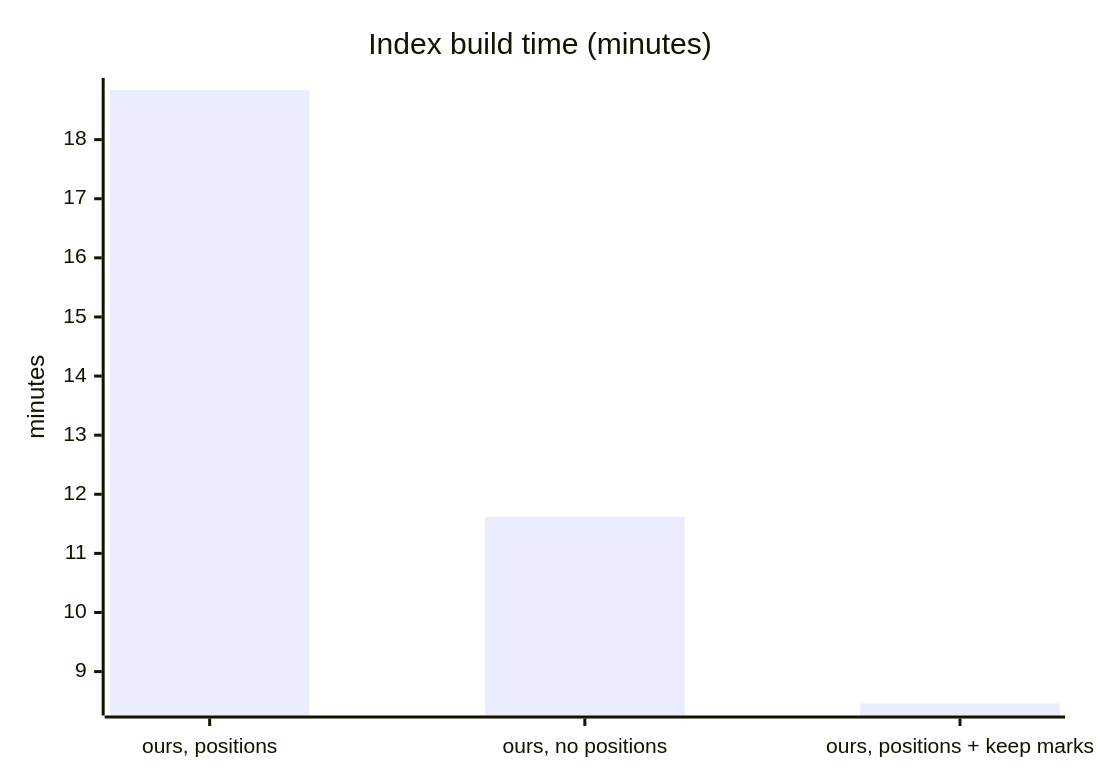
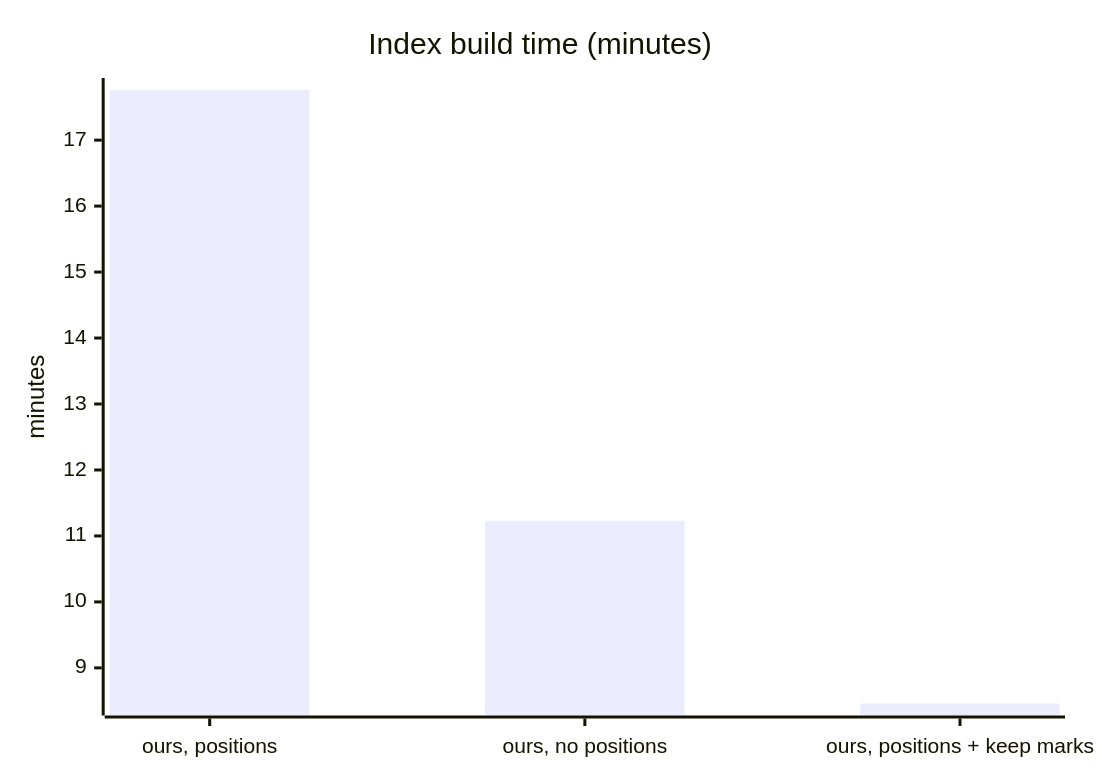
The first of 11 diagrams in FTS-SPECS-AND-COMPARISONS.md (KleiKodesh/SeforimLibrarySearchEngine), drawn with Mermaid before and after one commit. The commit also changed other lines of this file and 35 other files, not shown here.

````diff
--- a/FTS-SPECS-AND-COMPARISONS.md
+++ b/FTS-SPECS-AND-COMPARISONS.md
@@ -91,7 +85,7 @@
 ```mermaid
 xychart-beta
     title "Index build time (minutes)"
     x-axis ["ours, positions", "ours, no positions", "ours, positions + keep marks"]
     y-axis "minutes"
-    bar [18.84, 11.62, 8.46]
+    bar [17.76, 11.23, 8.46]
 ```
````
